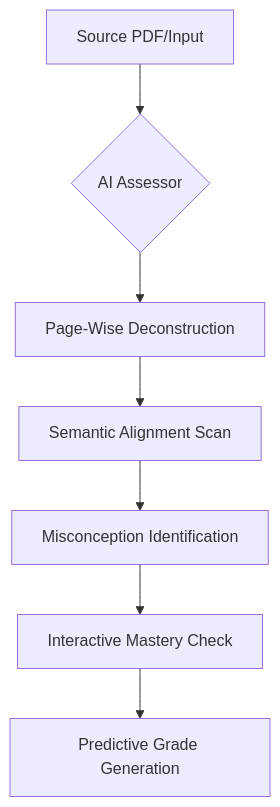
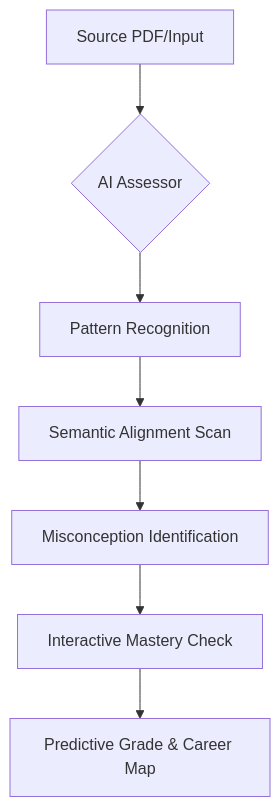
Before and after one commit to RichardRajuChirayath/aqmd: the diagram in README.md, drawn with Mermaid. The commit also changed other lines of this file, not shown here.

Commit message:
docs: added privacy-first section and re-integrated predictive mastery hub

````diff
--- a/README.md
+++ b/README.md
@@ -67,9 +81,9 @@
 ```mermaid
 graph TD
     A[Source PDF/Input] --> B{AI Assessor}
-    B --> C[Page-Wise Deconstruction]
+    B --> C[Pattern Recognition]
     C --> D[Semantic Alignment Scan]
     D --> E[Misconception Identification]
     E --> F[Interactive Mastery Check]
-    F --> G[Predictive Grade Generation]
+    F --> G[Predictive Grade & Career Map]
 ```
````
